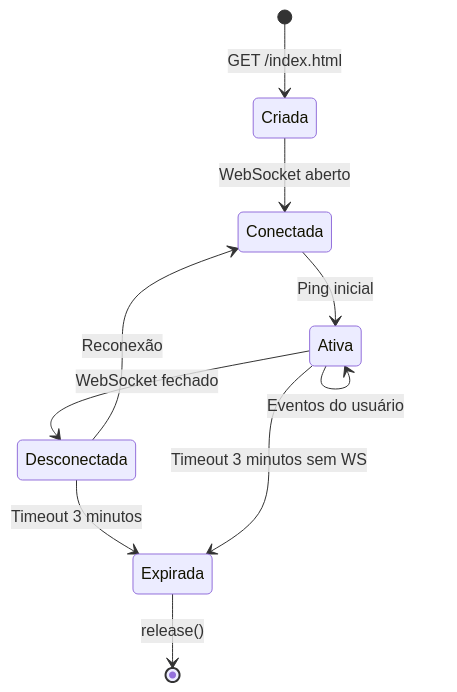
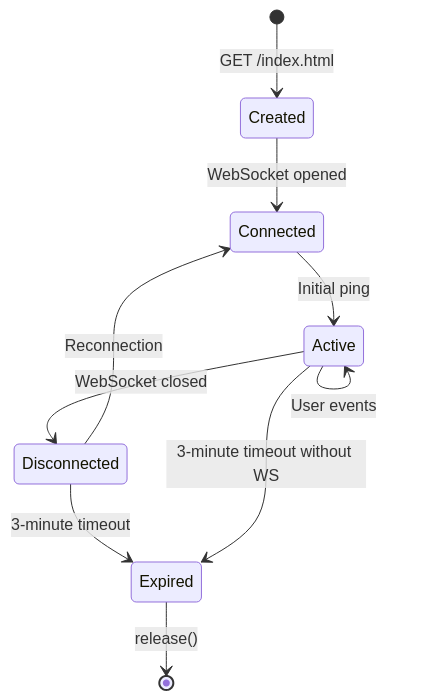
Before and after one commit to mrcdom/wdc-cube-kotlin: the eighth of 9 diagrams in docs/architecture-react.md, drawn with Mermaid. The commit also changed other lines of this file and 10 other files, not shown here.

First line of the commit message:
docs: architecture docs and top-level READMEs in US English

````diff
--- a/docs/architecture-react.md
+++ b/docs/architecture-react.md
@@ -361,12 +361,12 @@
 ```mermaid
 stateDiagram-v2
-    [*] --> Criada: GET /index.html
-    Criada --> Conectada: WebSocket aberto
-    Conectada --> Ativa: Ping inicial
-    Ativa --> Ativa: Eventos do usuário
-    Ativa --> Desconectada: WebSocket fechado
-    Desconectada --> Conectada: Reconexão
-    Desconectada --> Expirada: Timeout 3 minutos
-    Ativa --> Expirada: Timeout 3 minutos sem WS
-    Expirada --> [*]: release()
+    [*] --> Created: GET /index.html
+    Created --> Connected: WebSocket opened
+    Connected --> Active: Initial ping
+    Active --> Active: User events
+    Active --> Disconnected: WebSocket closed
+    Disconnected --> Connected: Reconnection
+    Disconnected --> Expired: 3-minute timeout
+    Active --> Expired: 3-minute timeout without WS
+    Expired --> [*]: release()
 ```
````
